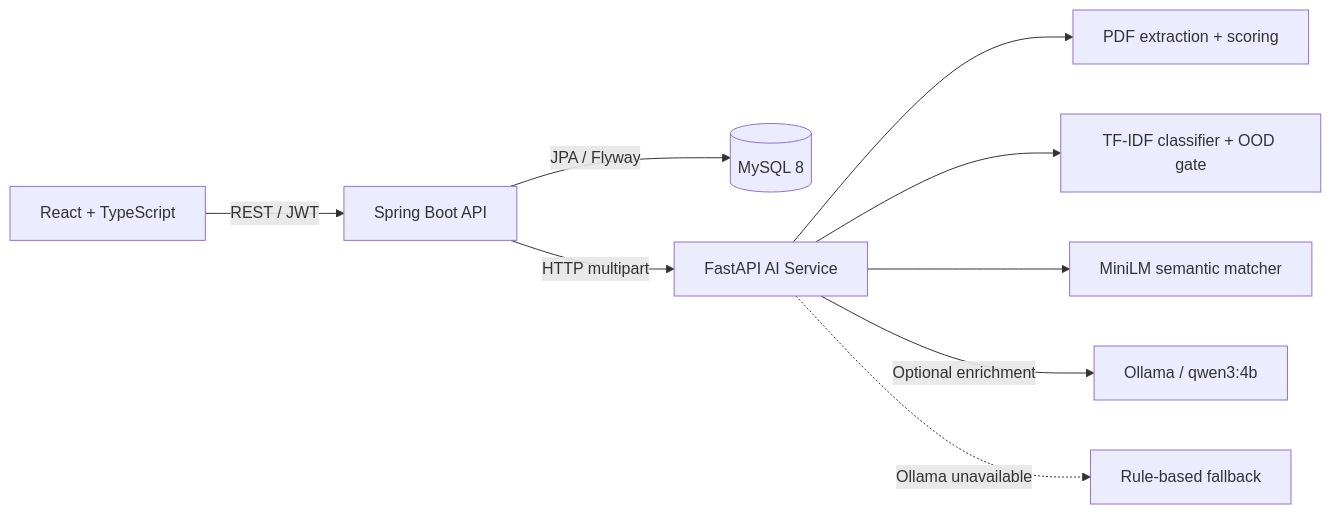
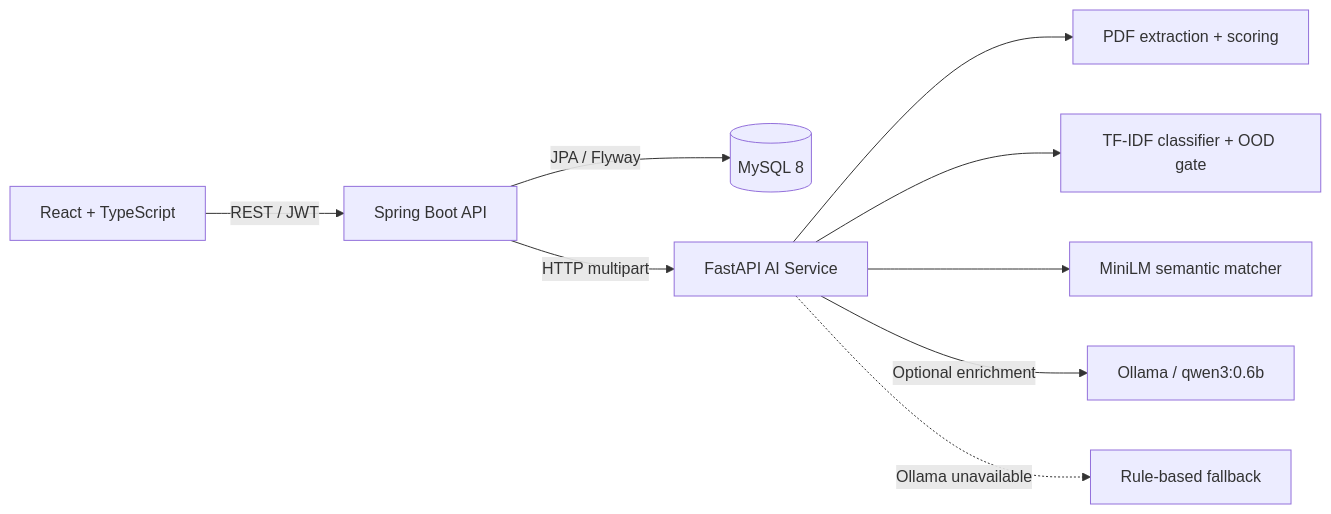
The diagram in README.md (TranQuan231005/AI_RESUME_ANALYZER), drawn with Mermaid before and after one commit. The commit also changed other lines of this file and 23 other files, not shown here.

````diff
--- a/README.md
+++ b/README.md
@@ -43,11 +45,11 @@
 ```mermaid
 flowchart LR
     Browser[React + TypeScript] -->|REST / JWT| Backend[Spring Boot API]
     Backend -->|JPA / Flyway| Database[(MySQL 8)]
     Backend -->|HTTP multipart| AI[FastAPI AI Service]
     AI --> Parser[PDF extraction + scoring]
     AI --> Classifier[TF-IDF classifier + OOD gate]
     AI --> Matcher[MiniLM semantic matcher]
-    AI -->|Optional enrichment| Ollama[Ollama / qwen3:4b]
+    AI -->|Optional enrichment| Ollama[Ollama / qwen3:0.6b]
     AI -. Ollama unavailable .-> Fallback[Rule-based fallback]
 ```
````
